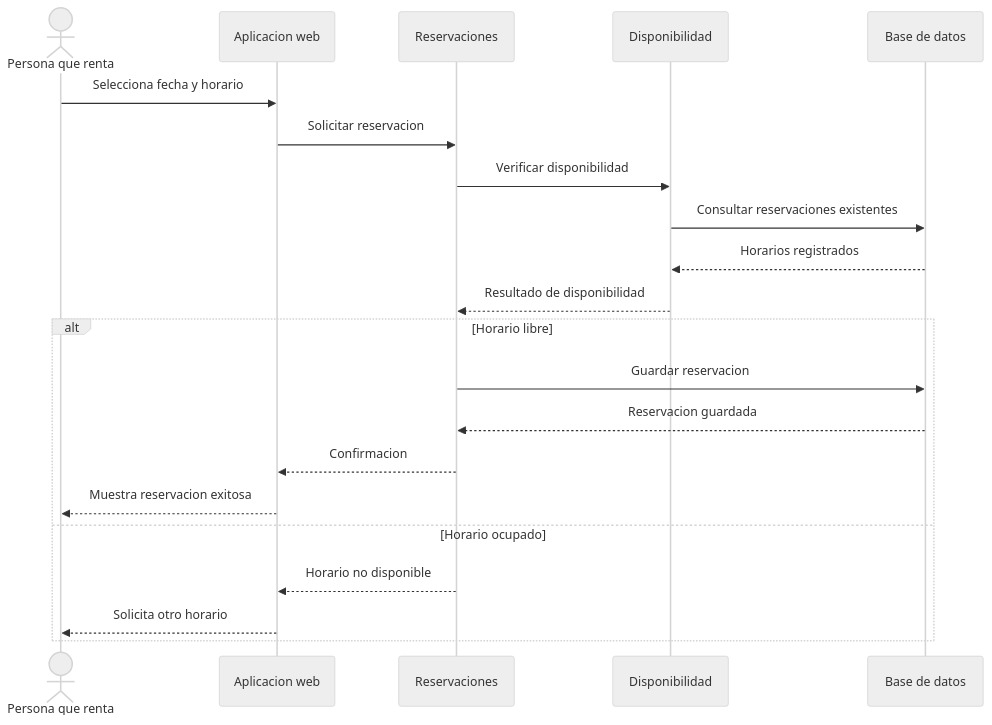
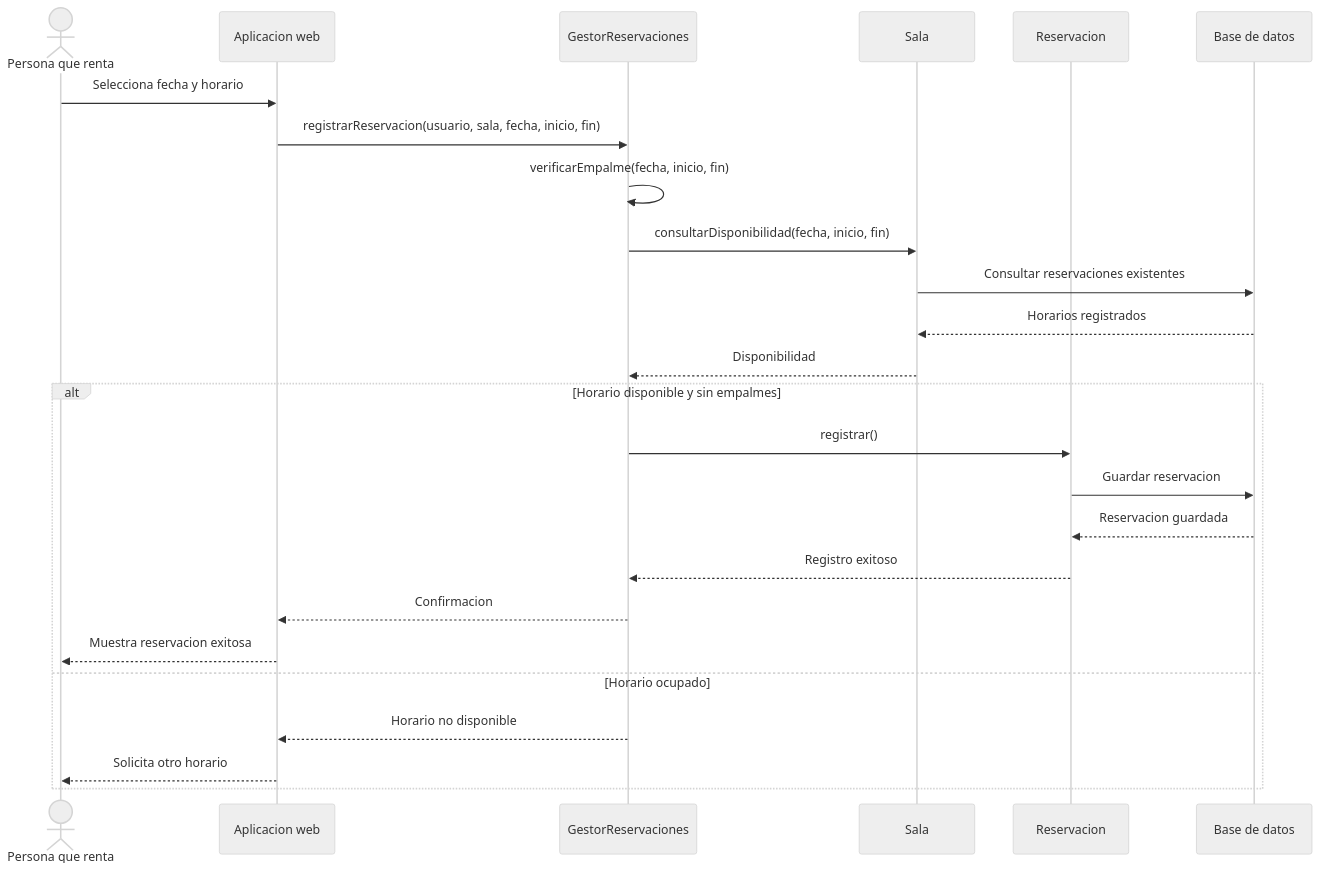
Before and after one commit to jimemogo20/Sistema-admin.-communa: the fifth of 8 diagrams in docs/arch/diagramas_communna.md, drawn with Mermaid (neutral theme). The commit also changed other lines of this file, not shown here.

````diff
--- a/docs/arch/diagramas_communna.md
+++ b/docs/arch/diagramas_communna.md
@@ -155,24 +156,29 @@
 ```mermaid
 sequenceDiagram
     actor Persona as Persona que renta
     participant Web as Aplicacion web
-    participant Res as Reservaciones
-    participant Disp as Disponibilidad
+    participant Gestor as GestorReservaciones
+    participant Sala
+    participant Reserva as Reservacion
     participant BD as Base de datos
 
     Persona->>Web: Selecciona fecha y horario
-    Web->>Res: Solicitar reservacion
-    Res->>Disp: Verificar disponibilidad
-    Disp->>BD: Consultar reservaciones existentes
-    BD-->>Disp: Horarios registrados
-    Disp-->>Res: Resultado de disponibilidad
-    alt Horario libre
-        Res->>BD: Guardar reservacion
-        BD-->>Res: Reservacion guardada
-        Res-->>Web: Confirmacion
+    Web->>Gestor: registrarReservacion(usuario, sala, fecha, inicio, fin)
+    Gestor->>Gestor: verificarEmpalme(fecha, inicio, fin)
+    Gestor->>Sala: consultarDisponibilidad(fecha, inicio, fin)
+    Sala->>BD: Consultar reservaciones existentes
+    BD-->>Sala: Horarios registrados
+    Sala-->>Gestor: Disponibilidad
+
+    alt Horario disponible y sin empalmes
+        Gestor->>Reserva: registrar()
+        Reserva->>BD: Guardar reservacion
+        BD-->>Reserva: Reservacion guardada
+        Reserva-->>Gestor: Registro exitoso
+        Gestor-->>Web: Confirmacion
         Web-->>Persona: Muestra reservacion exitosa
     else Horario ocupado
-        Res-->>Web: Horario no disponible
+        Gestor-->>Web: Horario no disponible
         Web-->>Persona: Solicita otro horario
     end
 ```
````
